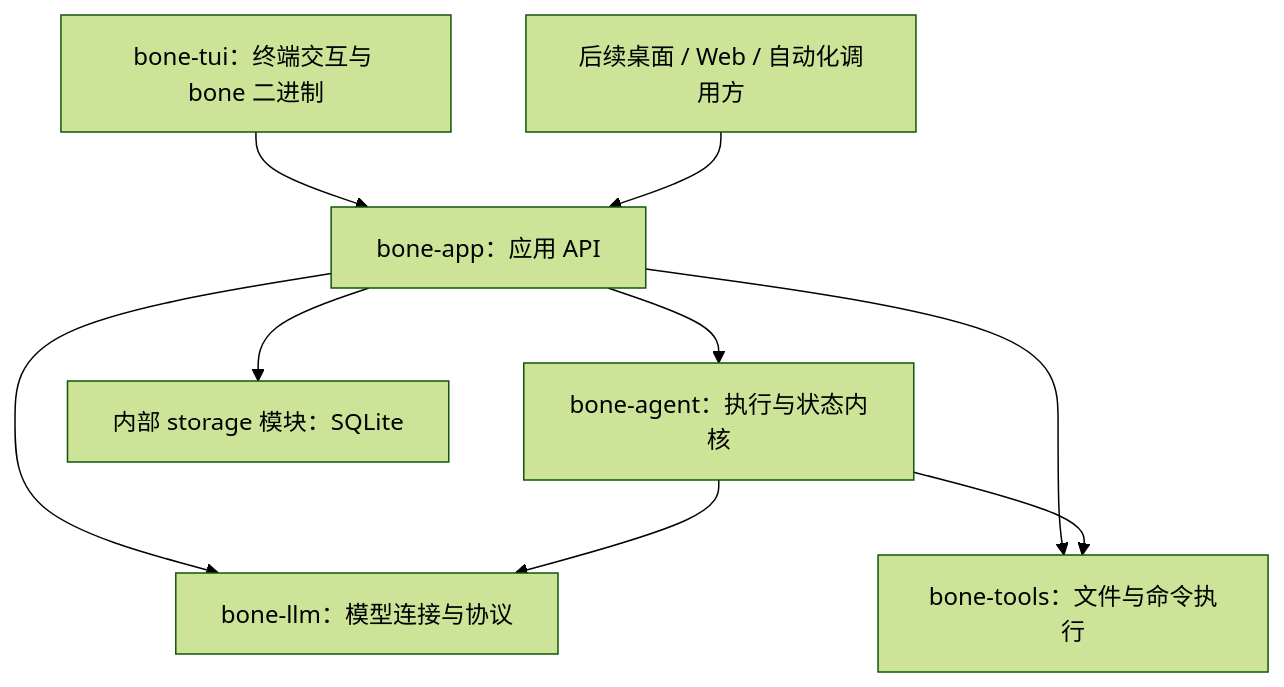
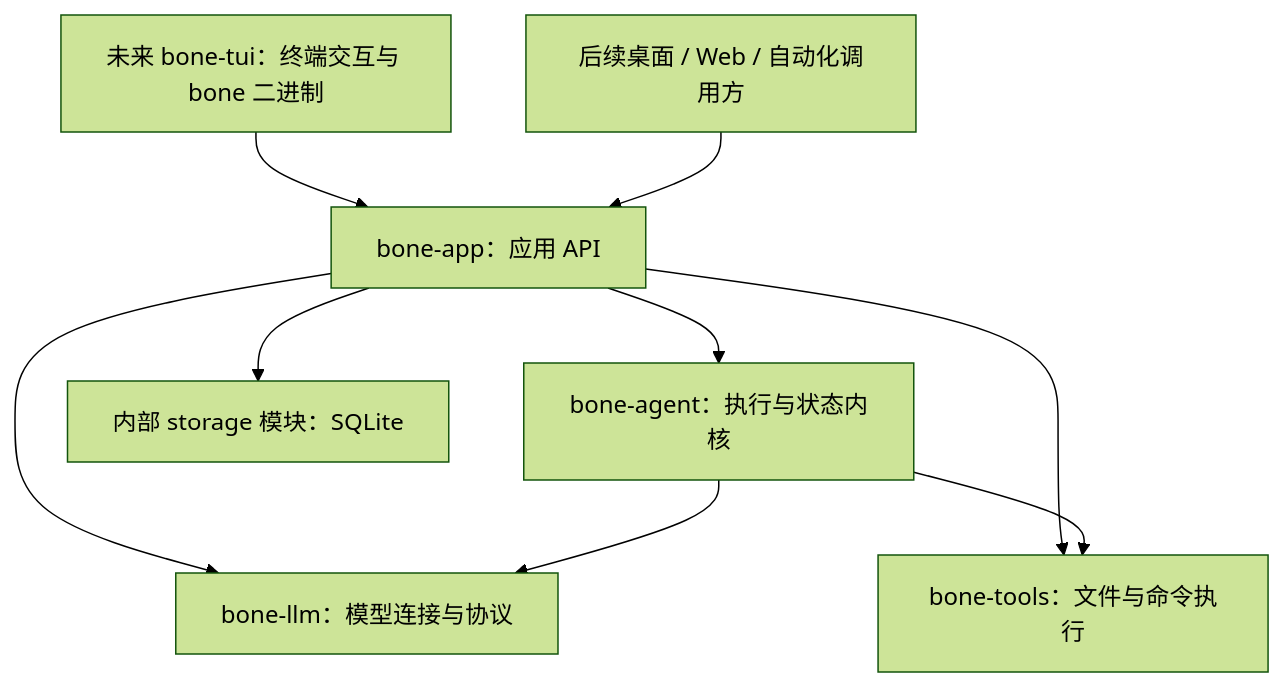
The first of 2 diagrams in docs/bone-app-design.md (frelion/bone), drawn with Mermaid (forest theme) before and after one commit. The commit also changed other lines of this file and 85 other files, not shown here.

````diff
--- a/docs/bone-app-design.md
+++ b/docs/bone-app-design.md
@@ -30,11 +32,11 @@
 ```mermaid
 flowchart TB
-    TUI[bone-tui：终端交互与 bone 二进制] --> APP[bone-app：应用 API]
+    TUI[未来 bone-tui：终端交互与 bone 二进制] --> APP[bone-app：应用 API]
     OTHER[后续桌面 / Web / 自动化调用方] --> APP
     APP --> AGENT[bone-agent：执行与状态内核]
     APP --> LLM[bone-llm：模型连接与协议]
     APP --> TOOLS[bone-tools：文件与命令执行]
     APP --> STORE[内部 storage 模块：SQLite]
     AGENT --> LLM
     AGENT --> TOOLS
 ```
````
